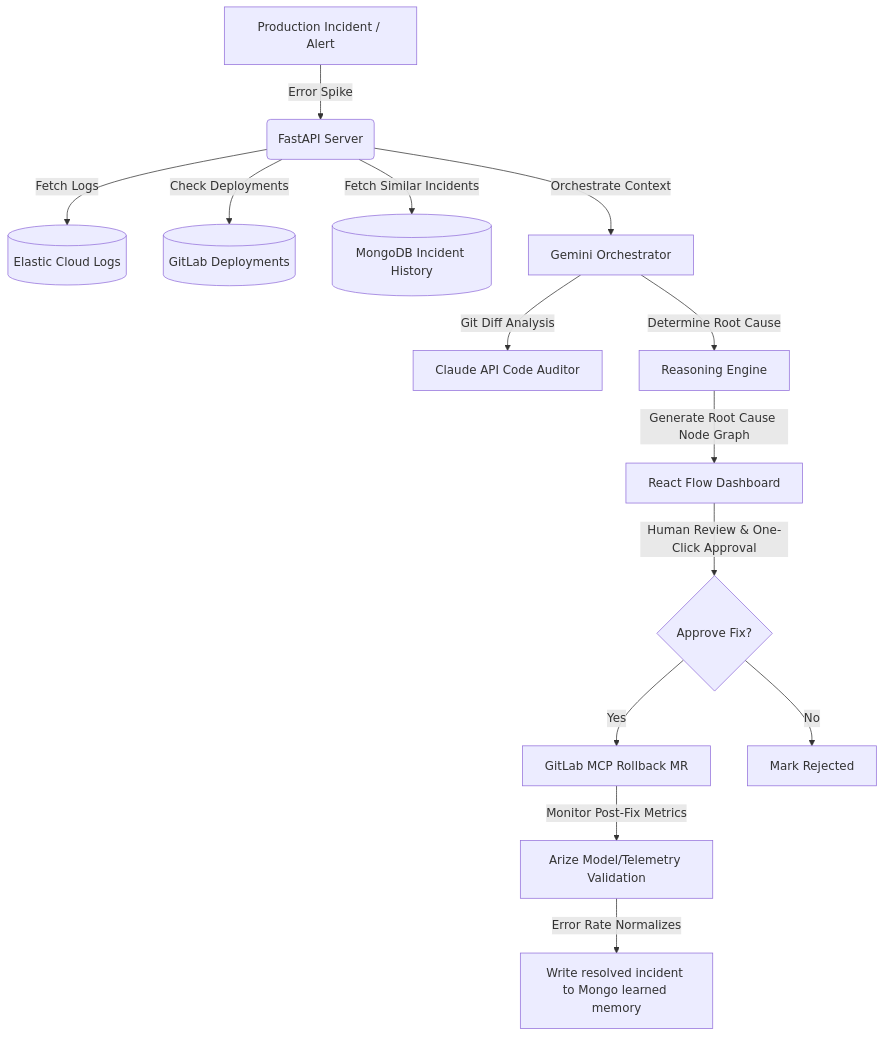
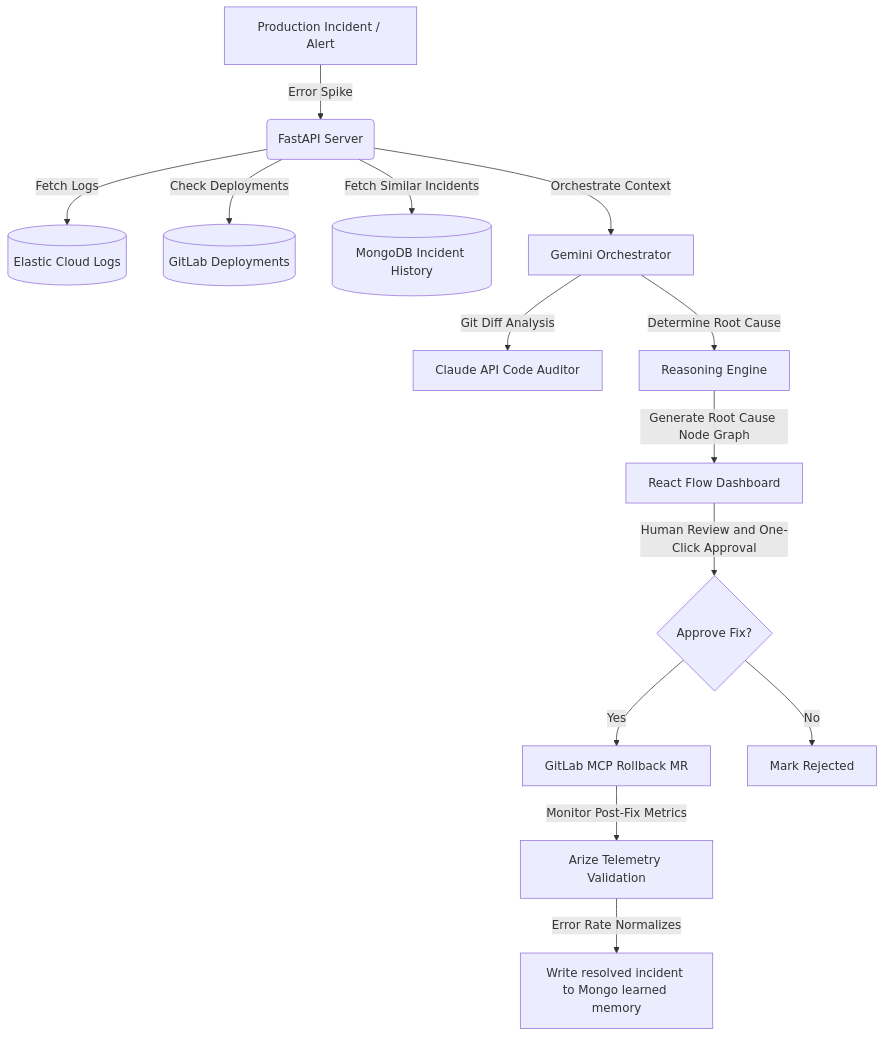
Before and after one commit to H8rsh100/StackSherlock: the diagram in README.md, drawn with Mermaid. The commit also changed other lines of this file and 21 other files, not shown here.

````diff
--- a/README.md
+++ b/README.md
@@ -17,20 +14,20 @@
 ```mermaid
 graph TD
     A[Production Incident / Alert] -->|Error Spike| B(FastAPI Server)
     B -->|Fetch Logs| C[(Elastic Cloud Logs)]
     B -->|Check Deployments| D[(GitLab Deployments)]
     B -->|Fetch Similar Incidents| E[(MongoDB Incident History)]
-    
+
     B -->|Orchestrate Context| F[Gemini Orchestrator]
     F -->|Git Diff Analysis| G[Claude API Code Auditor]
-    
+
     F -->|Determine Root Cause| H[Reasoning Engine]
     H -->|Generate Root Cause Node Graph| I[React Flow Dashboard]
-    
-    I -->|Human Review & One-Click Approval| J{Approve Fix?}
+
+    I -->|Human Review and One-Click Approval| J{Approve Fix?}
     J -->|Yes| K[GitLab MCP Rollback MR]
     J -->|No| L[Mark Rejected]
-    
-    K -->|Monitor Post-Fix Metrics| M[Arize Model/Telemetry Validation]
+
+    K -->|Monitor Post-Fix Metrics| M[Arize Telemetry Validation]
     M -->|Error Rate Normalizes| N[Write resolved incident to Mongo learned memory]
 ```
````
